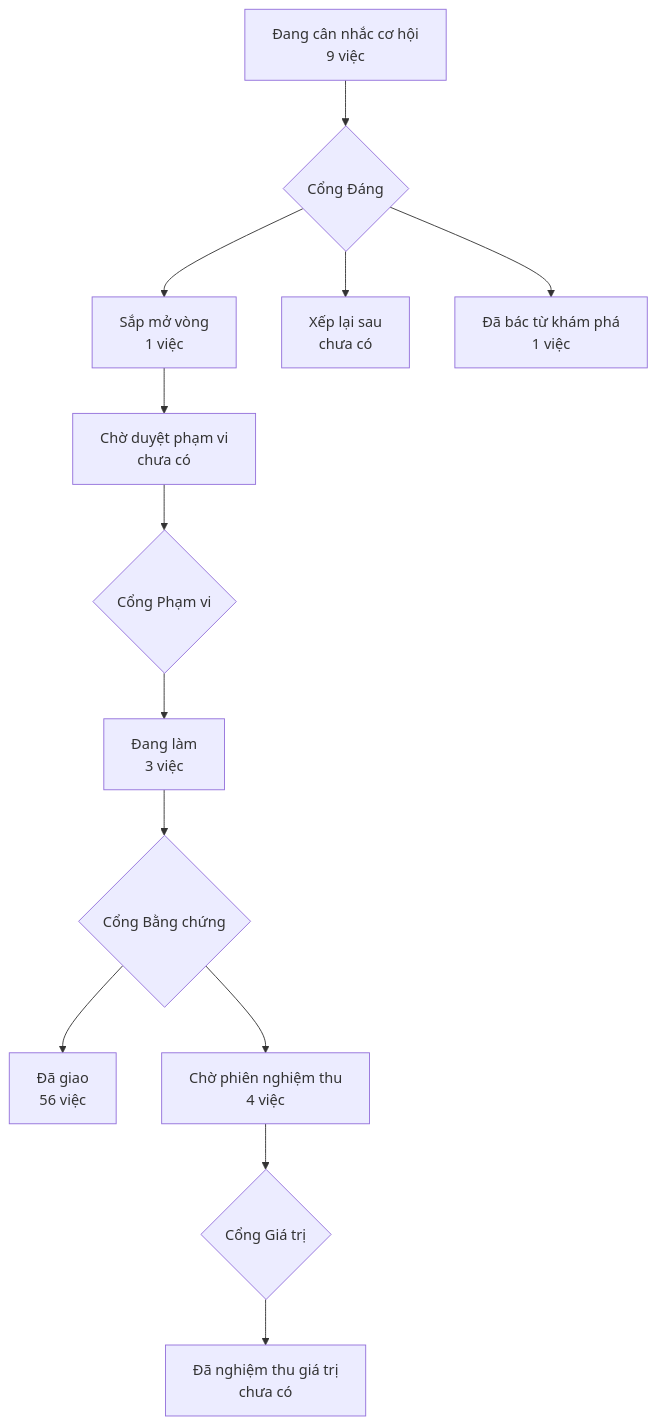
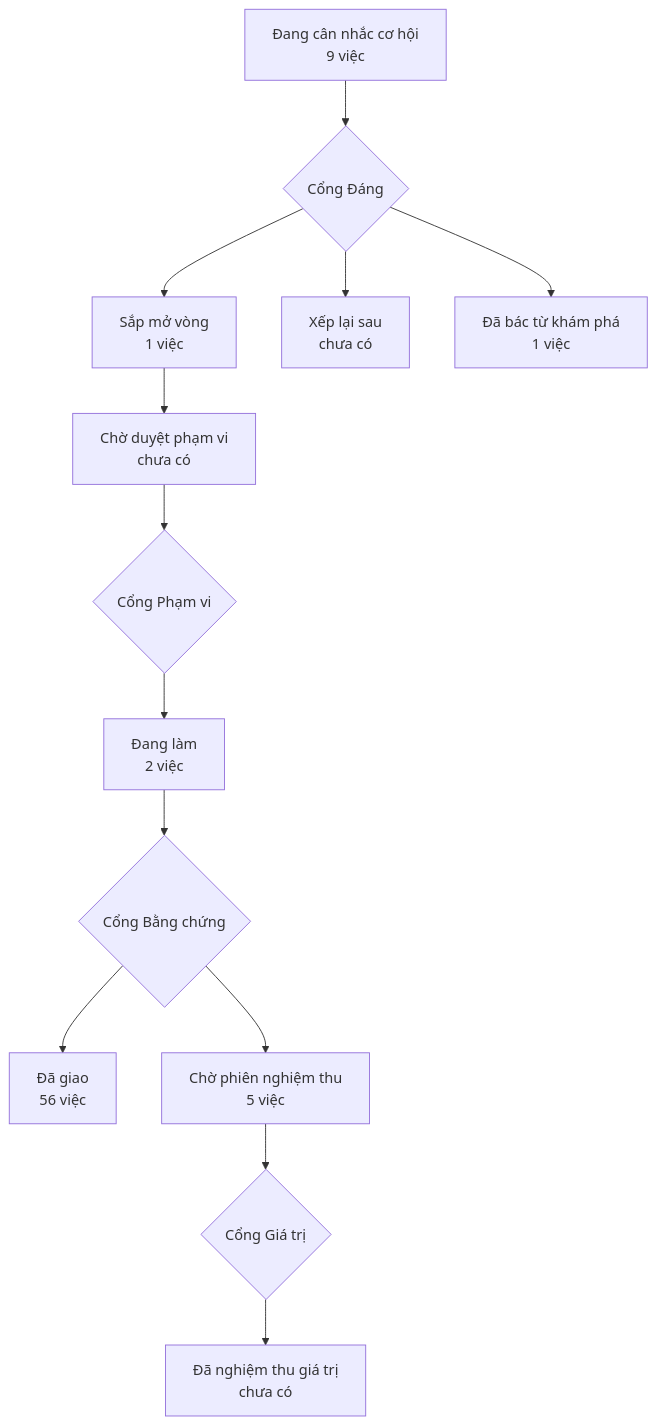
Before and after one commit to phanlemanh/acceptance-gate-kit: the diagram in PRODUCT-MAP.md, drawn with Mermaid.

Commit message:
gate2(lan-may): dựng lại bản đồ xưởng sau chữ ký
Bản đồ lệch vì trạng thái hồ sơ đổi sang signed-off — đúng cái bẫy sổ vấp đã
ghi: ký cổng mà quên dựng lại bản đồ thì lưới tự-host đỏ.

````diff
--- a/PRODUCT-MAP.md
+++ b/PRODUCT-MAP.md
@@ -6,12 +6,12 @@
 ```mermaid
 flowchart TD
   A["Đang cân nhắc cơ hội<br/>9 việc"] --> GD{"Cổng Đáng"}
   GD --> B["Sắp mở vòng<br/>1 việc"]
   GD --> XL["Xếp lại sau<br/>chưa có"]
   GD --> DB["Đã bác từ khám phá<br/>1 việc"]
   B --> CD["Chờ duyệt phạm vi<br/>chưa có"] --> GP{"Cổng Phạm vi"}
-  GP --> DL["Đang làm<br/>3 việc"] --> GB{"Cổng Bằng chứng"}
+  GP --> DL["Đang làm<br/>2 việc"] --> GB{"Cổng Bằng chứng"}
   GB --> DG["Đã giao<br/>56 việc"]
-  GB --> CN["Chờ phiên nghiệm thu<br/>4 việc"] --> GG{"Cổng Giá trị"}
+  GB --> CN["Chờ phiên nghiệm thu<br/>5 việc"] --> GG{"Cổng Giá trị"}
   GG --> NT["Đã nghiệm thu giá trị<br/>chưa có"]
 ```
````
